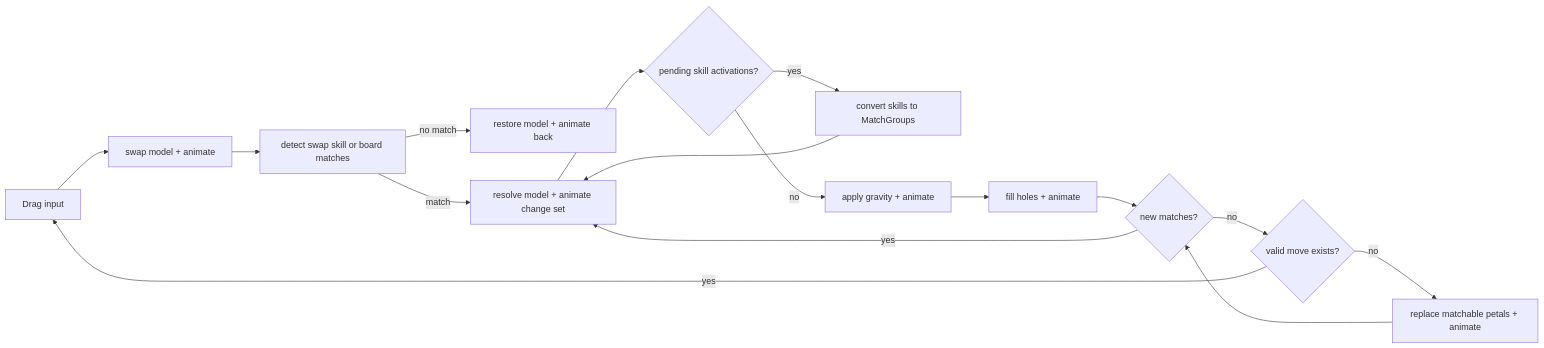
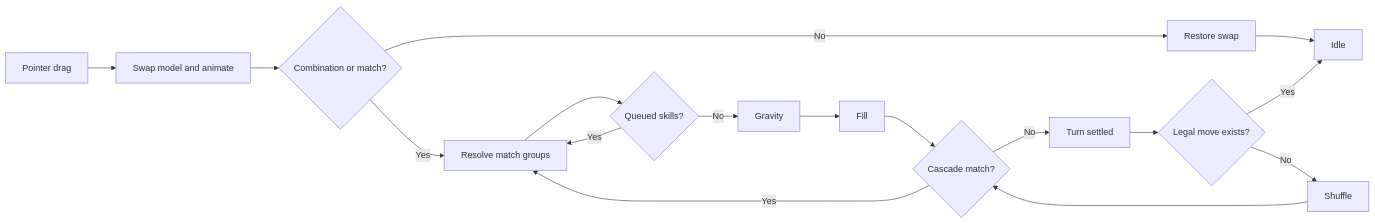
The fourth of 4 diagrams in ARCHITECTURE.md (WickerBottomJeans/BloomKeeper), drawn with Mermaid before and after one commit. The commit also changed other lines of this file and 37 other files, not shown here.

````diff
--- a/ARCHITECTURE.md
+++ b/ARCHITECTURE.md
@@ -82,18 +192,19 @@
 ```mermaid
 flowchart LR
-    Input["Drag input"] --> Swap["swap model + animate"]
-    Swap --> Detect["detect swap skill or board matches"]
-    Detect -->|"no match"| Undo["restore model + animate back"]
-    Detect -->|"match"| Resolve["resolve model + animate change set"]
-    Resolve --> Skills{"pending skill activations?"}
-    Skills -->|"yes"| SkillGroups["convert skills to MatchGroups"]
-    SkillGroups --> Resolve
-    Skills -->|"no"| Gravity["apply gravity + animate"]
-    Gravity --> Fill["fill holes + animate"]
-    Fill --> Cascade{"new matches?"}
-    Cascade -->|"yes"| Resolve
-    Cascade -->|"no"| Deadlock{"valid move exists?"}
-    Deadlock -->|"yes"| Input
-    Deadlock -->|"no"| Shuffle["replace matchable petals + animate"]
+    Input["Pointer drag"] --> Swap["Swap model and animate"]
+    Swap --> Detect{"Combination or match?"}
+    Detect -->|No| Undo["Restore swap"]
+    Undo --> Idle["Idle"]
+    Detect -->|Yes| Resolve["Resolve match groups"]
+    Resolve --> Skills{"Queued skills?"}
+    Skills -->|Yes| Resolve
+    Skills -->|No| Gravity["Gravity"]
+    Gravity --> Fill["Fill"]
+    Fill --> Cascade{"Cascade match?"}
+    Cascade -->|Yes| Resolve
+    Cascade -->|No| Settled["Turn settled"]
+    Settled --> Deadlock{"Legal move exists?"}
+    Deadlock -->|Yes| Idle
+    Deadlock -->|No| Shuffle["Shuffle"]
     Shuffle --> Cascade
 ```
````
